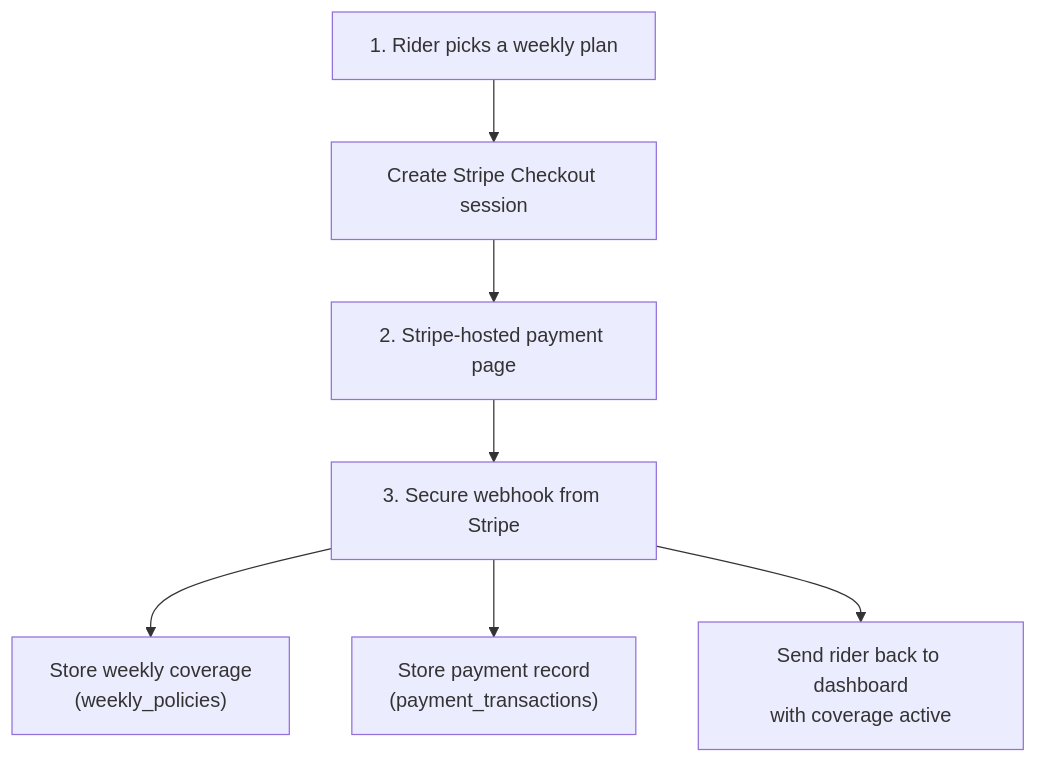
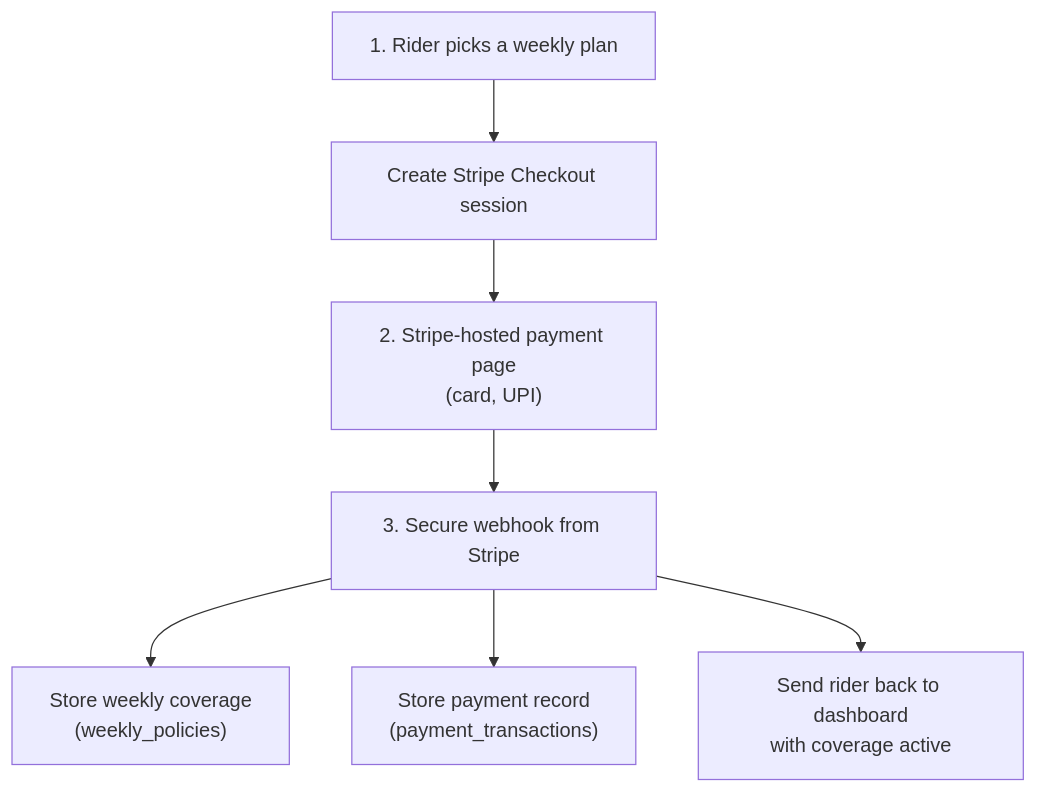
The third of 4 diagrams in Docs/src/content/docs/architecture.mdx (lohitkolluri/Oasis), drawn with Mermaid before and after one commit. The commit also changed 7 other files, not shown here.

Commit message:
📝 docs: UPI in Stripe Checkout

````diff
--- a/Docs/src/content/docs/architecture.mdx
+++ b/Docs/src/content/docs/architecture.mdx
@@ -71,9 +71,9 @@
 ```mermaid
 flowchart TB
     UI["1. Rider picks a weekly plan"] --> CC["Create Stripe Checkout session"]
-    CC --> SC["2. Stripe-hosted payment page"]
+    CC --> SC["2. Stripe-hosted payment page<br/>(card, UPI)"]
     SC --> WH["3. Secure webhook from Stripe"]
     WH --> WP["Store weekly coverage<br/>(weekly_policies)"]
     WH --> PT["Store payment record<br/>(payment_transactions)"]
     WH --> RD["Send rider back to dashboard<br/>with coverage active"]
 ```
````
